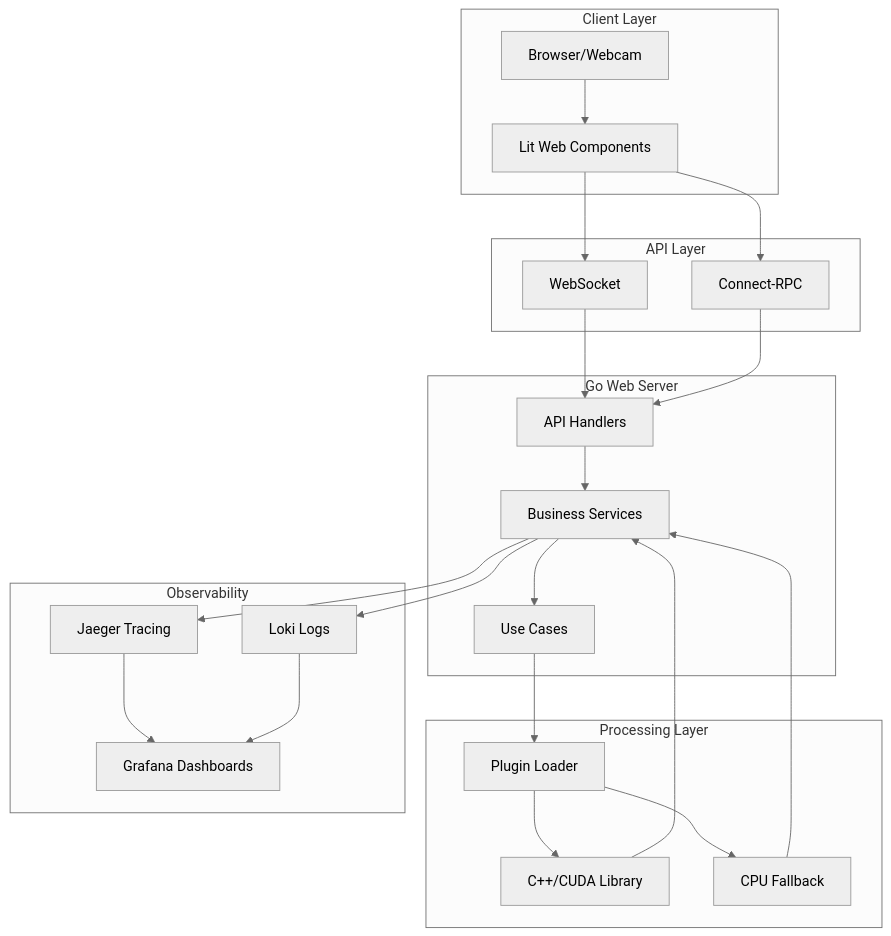
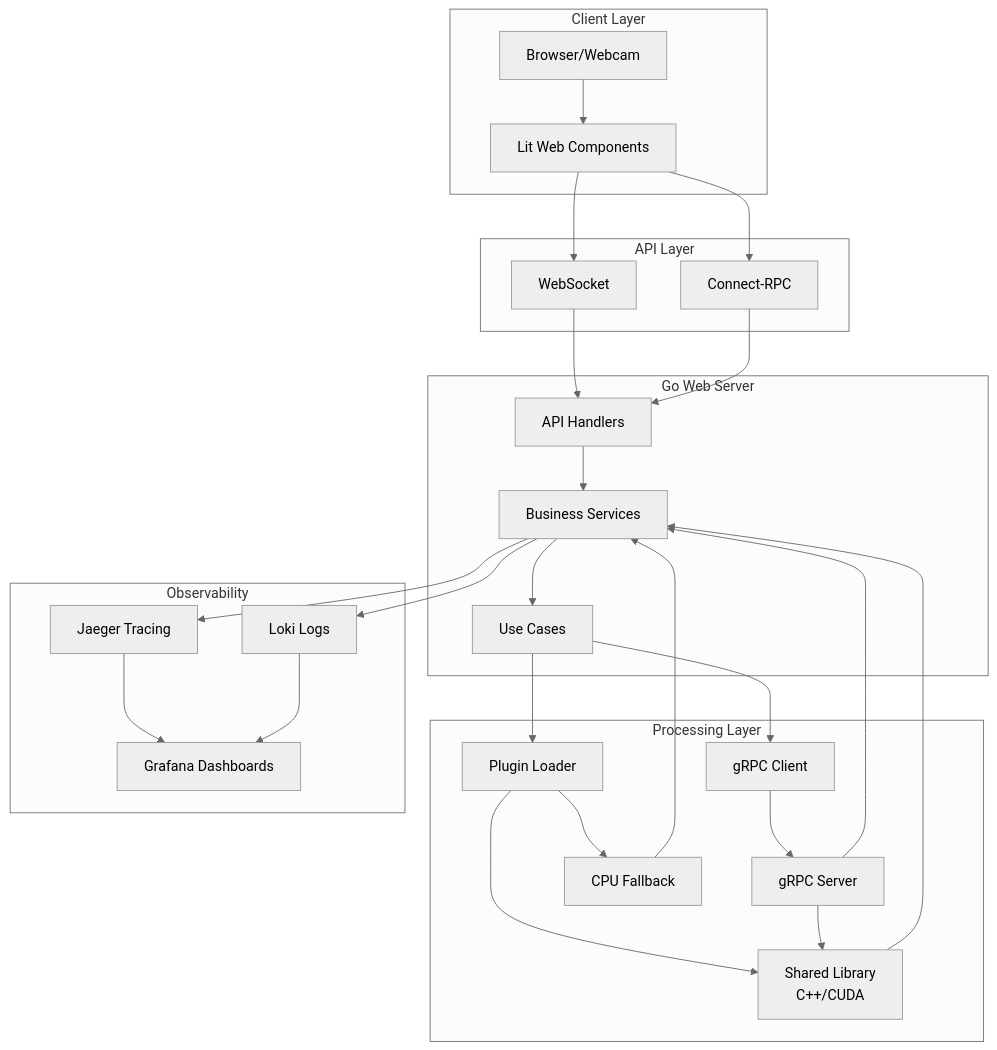
One commit to josnelihurt/learning-cuda changed the first of 2 diagrams in README.md. Above: the diagram before and after it, drawn with Mermaid (neutral theme). The commit also changed other lines of this file and 4 other files, not shown here.

````diff
--- a/README.md
+++ b/README.md
@@ -48,47 +49,53 @@
 ```mermaid
 graph TB
     subgraph "Client Layer"
         Browser[Browser/Webcam]
         UI[Lit Web Components]
     end
     
     subgraph "API Layer"
         WS[WebSocket]
         ConnectRPC[Connect-RPC]
     end
     
     subgraph "Go Web Server"
         API[API Handlers]
         Services[Business Services]
         UseCases[Use Cases]
     end
     
     subgraph "Processing Layer"
         Plugin[Plugin Loader]
-        CUDALib[C++/CUDA Library]
+        GRPCClient[gRPC Client]
+        GRPCServer[gRPC Server]
+        SharedLib[Shared Library<br/>C++/CUDA]
         CPU[CPU Fallback]
     end
     
     subgraph "Observability"
         Jaeger[Jaeger Tracing]
         Grafana[Grafana Dashboards]
         Loki[Loki Logs]
     end
     
     Browser --> UI
     UI --> WS
     UI --> ConnectRPC
     WS --> API
     ConnectRPC --> API
     API --> Services
     Services --> UseCases
     UseCases --> Plugin
-    Plugin --> CUDALib
+    UseCases --> GRPCClient
+    Plugin --> SharedLib
     Plugin --> CPU
-    CUDALib --> Services
+    GRPCClient --> GRPCServer
+    GRPCServer --> SharedLib
+    SharedLib --> Services
     CPU --> Services
+    GRPCServer --> Services
     Services --> Jaeger
     Services --> Loki
     Jaeger --> Grafana
     Loki --> Grafana
 ```
````
